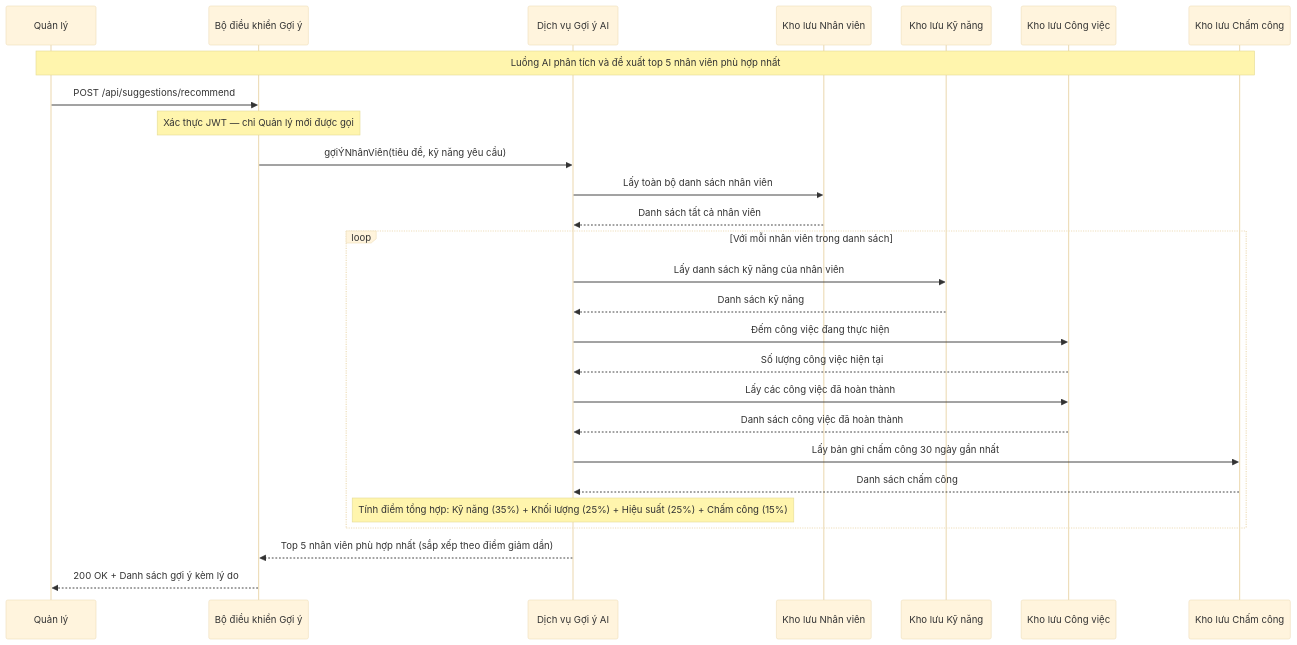
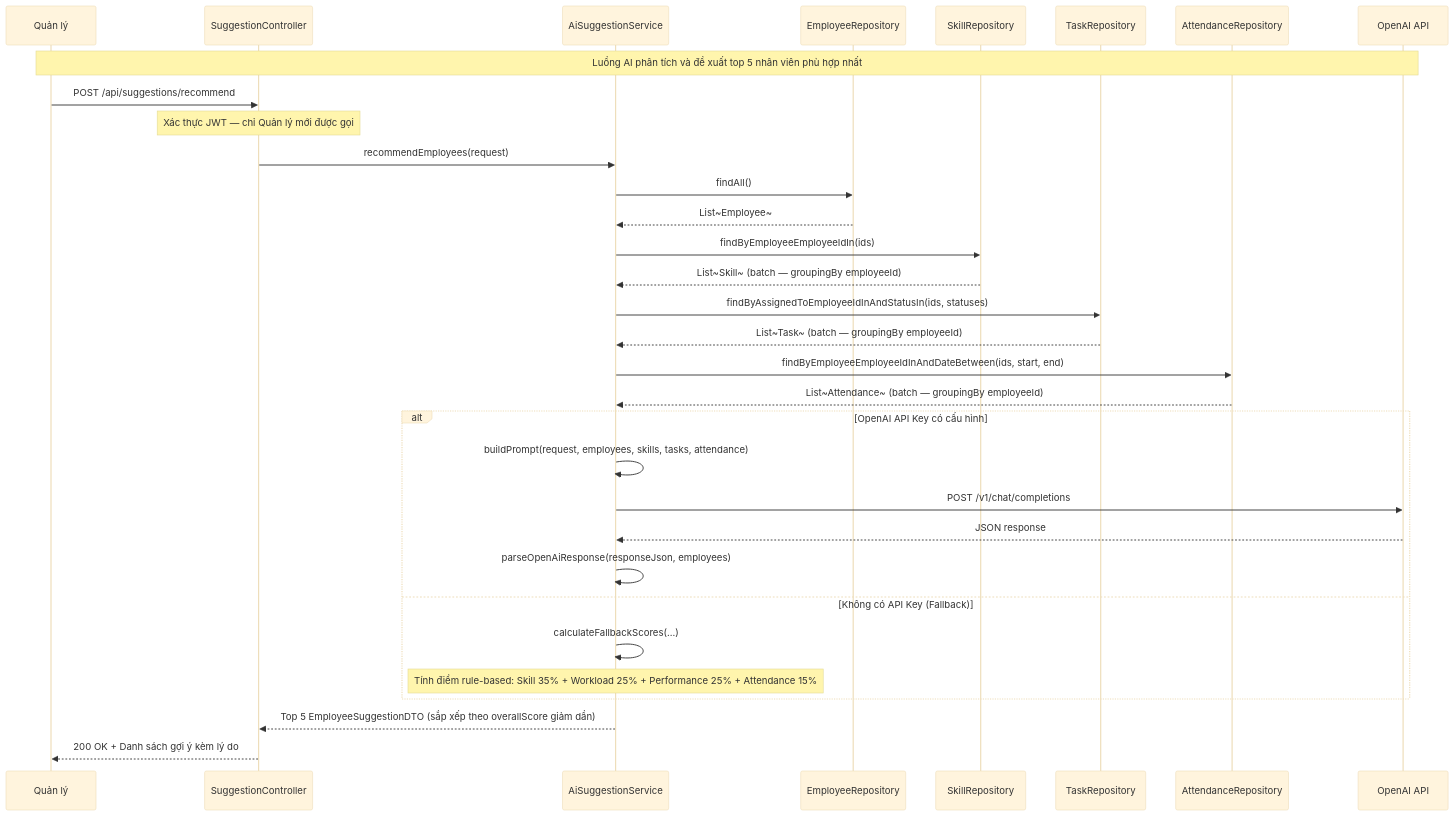
Before and after one commit to nhathao428/taskhub: the ninth of 17 diagrams in docs/UML_DIAGRAMS.md, drawn with Mermaid (base theme). The commit also changed other lines of this file, not shown here.

First line of the commit message:
docs: update UML_DIAGRAMS.md with class diagram, fixed AI sequence, and activity diagrams

````diff
--- a/docs/UML_DIAGRAMS.md
+++ b/docs/UML_DIAGRAMS.md
@@ -131,39 +296,43 @@
 ```mermaid
 sequenceDiagram
     participant QL as Quản lý
-    participant BDK as Bộ điều khiển Gợi ý
-    participant AI as Dịch vụ Gợi ý AI
-    participant KLN as Kho lưu Nhân viên
-    participant KLK as Kho lưu Kỹ năng
-    participant KLCV as Kho lưu Công việc
-    participant KLCC as Kho lưu Chấm công
+    participant BDK as SuggestionController
+    participant AI as AiSuggestionService
+    participant EmpRepo as EmployeeRepository
+    participant SkillRepo as SkillRepository
+    participant TaskRepo as TaskRepository
+    participant AttRepo as AttendanceRepository
+    participant OpenAI as OpenAI API
 
-    Note over QL,KLCC: Luồng AI phân tích và đề xuất top 5 nhân viên phù hợp nhất
+    Note over QL,OpenAI: Luồng AI phân tích và đề xuất top 5 nhân viên phù hợp nhất
 
     QL->>BDK: POST /api/suggestions/recommend
     Note over BDK: Xác thực JWT — chỉ Quản lý mới được gọi
 
-    BDK->>AI: gợiÝNhânViên(tiêu đề, kỹ năng yêu cầu)
+    BDK->>AI: recommendEmployees(request)
 
-    AI->>KLN: Lấy toàn bộ danh sách nhân viên
-    KLN-->>AI: Danh sách tất cả nhân viên
+    AI->>EmpRepo: findAll()
+    EmpRepo-->>AI: List~Employee~
 
-    loop Với mỗi nhân viên trong danh sách
-        AI->>KLK: Lấy danh sách kỹ năng của nhân viên
-        KLK-->>AI: Danh sách kỹ năng
+    AI->>SkillRepo: findByEmployeeEmployeeIdIn(ids)
+    SkillRepo-->>AI: List~Skill~ (batch — groupingBy employeeId)
 
-        AI->>KLCV: Đếm công việc đang thực hiện
-        KLCV-->>AI: Số lượng công việc hiện tại
+    AI->>TaskRepo: findByAssignedToEmployeeIdInAndStatusIn(ids, statuses)
+    TaskRepo-->>AI: List~Task~ (batch — groupingBy employeeId)
 
-        AI->>KLCV: Lấy các công việc đã hoàn thành
-        KLCV-->>AI: Danh sách công việc đã hoàn thành
+    AI->>AttRepo: findByEmployeeEmployeeIdInAndDateBetween(ids, start, end)
+    AttRepo-->>AI: List~Attendance~ (batch — groupingBy employeeId)
 
-        AI->>KLCC: Lấy bản ghi chấm công 30 ngày gần nhất
-        KLCC-->>AI: Danh sách chấm công
-
-        Note over AI: Tính điểm tổng hợp: Kỹ năng (35%) + Khối lượng (25%) + Hiệu suất (25%) + Chấm công (15%)
+    alt OpenAI API Key có cấu hình
+        AI->>AI: buildPrompt(request, employees, skills, tasks, attendance)
+        AI->>OpenAI: POST /v1/chat/completions
+        OpenAI-->>AI: JSON response
+        AI->>AI: parseOpenAiResponse(responseJson, employees)
+    else Không có API Key (Fallback)
+        AI->>AI: calculateFallbackScores(...)
+        Note over AI: Tính điểm rule-based: Skill 35% + Workload 25% + Performance 25% + Attendance 15%
     end
 
-    AI-->>BDK: Top 5 nhân viên phù hợp nhất (sắp xếp theo điểm giảm dần)
+    AI-->>BDK: Top 5 EmployeeSuggestionDTO (sắp xếp theo overallScore giảm dần)
     BDK-->>QL: 200 OK + Danh sách gợi ý kèm lý do
 ```
````
